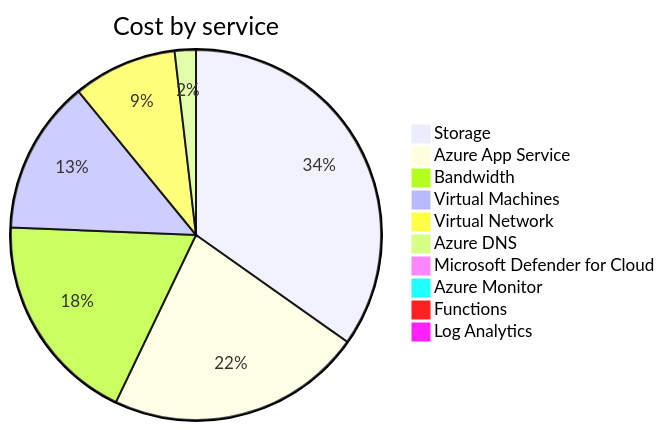
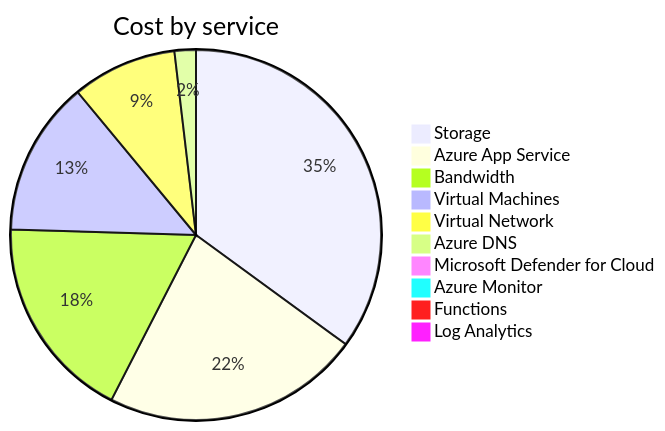
The second of 4 diagrams in cost-reports/accumulated-cost.md (jpfulton/azure-personal-reports), drawn with Mermaid before and after one commit. The commit also changed other lines of this file and 4 other files, not shown here.

````diff
--- a/cost-reports/accumulated-cost.md
+++ b/cost-reports/accumulated-cost.md
@@ -100,14 +100,14 @@
 ```mermaid
 pie
    title Cost by service
-   "Storage" : 22.94
-   "Azure App Service" : 14.72
+   "Storage" : 23.87
+   "Azure App Service" : 15.34
    "Bandwidth" : 12.22
-   "Virtual Machines" : 8.86
-   "Virtual Network" : 5.98
-   "Azure DNS" : 1.22
+   "Virtual Machines" : 9.21
+   "Virtual Network" : 6.23
+   "Azure DNS" : 1.27
    "Microsoft Defender for Cloud" : 0.57
    "Azure Monitor" : 0.00
    "Functions" : 0.00
    "Log Analytics" : 0.00
 ```
````
